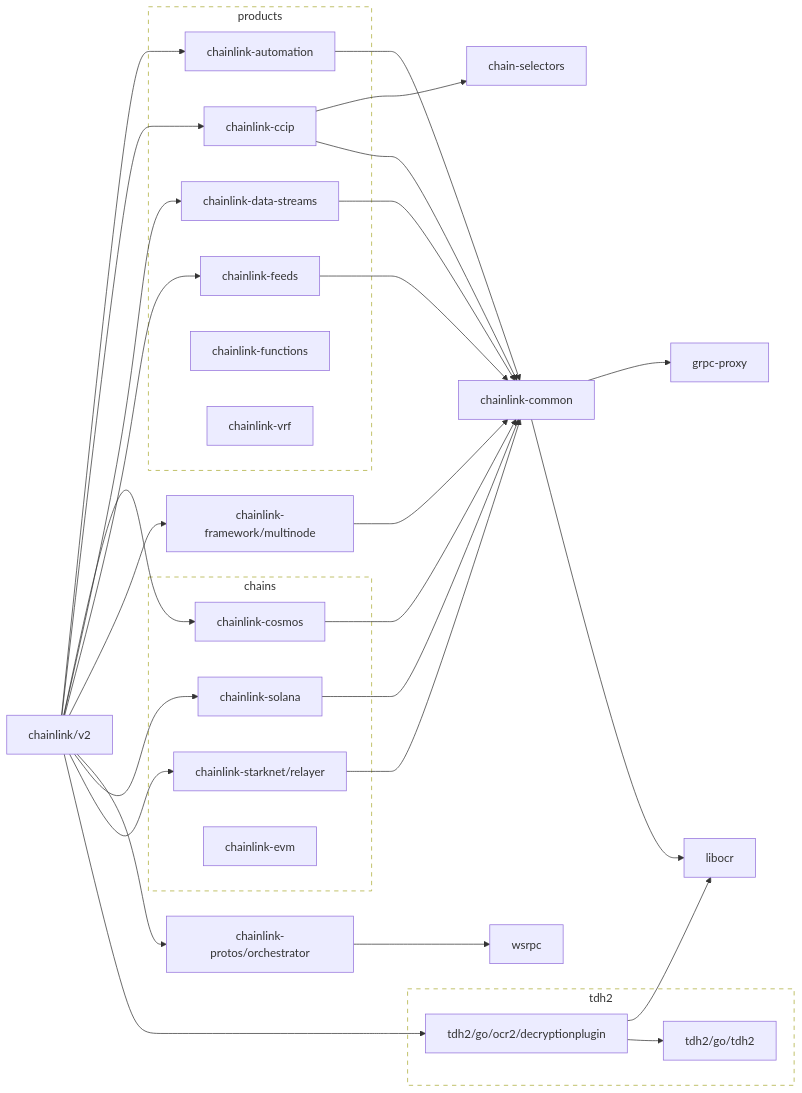
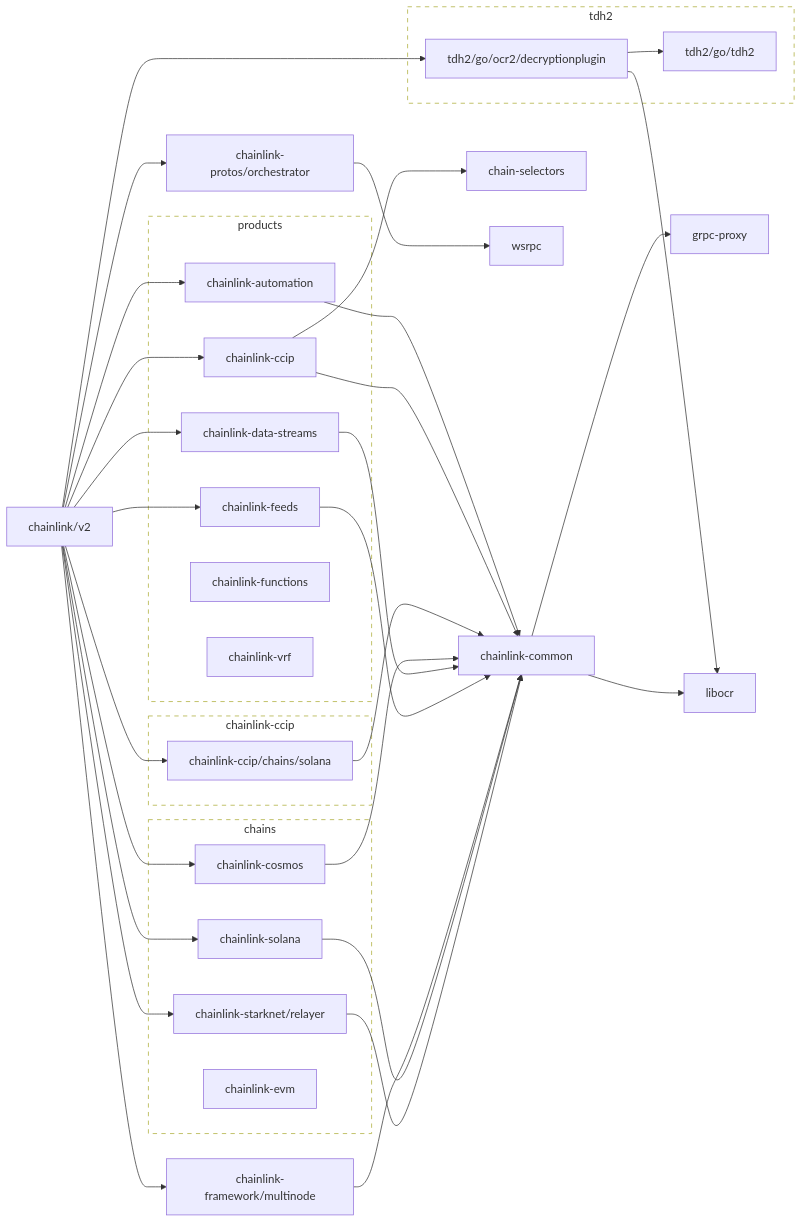
One commit to smartcontractkit/chainlink changed the first of 2 diagrams in go.md. Above: the diagram before and after it, drawn with Mermaid. The commit also changed other lines of this file, not shown here.

Commit message:
make generate

````diff
--- a/go.md
+++ b/go.md
@@ -28,6 +28,8 @@
 	chainlink-ccip --> chain-selectors
 	chainlink-ccip --> chainlink-common
 	click chainlink-ccip href "https://github.com/smartcontractkit/chainlink-ccip"
+	chainlink-ccip/chains/solana --> chainlink-common
+	click chainlink-ccip/chains/solana href "https://github.com/smartcontractkit/chainlink-ccip"
 	chainlink-common --> grpc-proxy
 	chainlink-common --> libocr
 	click chainlink-common href "https://github.com/smartcontractkit/chainlink-common"
@@ -47,6 +49,7 @@
 	click chainlink-starknet/relayer href "https://github.com/smartcontractkit/chainlink-starknet"
 	chainlink/v2 --> chainlink-automation
 	chainlink/v2 --> chainlink-ccip
+	chainlink/v2 --> chainlink-ccip/chains/solana
 	chainlink/v2 --> chainlink-cosmos
 	chainlink/v2 --> chainlink-data-streams
 	chainlink/v2 --> chainlink-feeds
@@ -68,6 +71,12 @@
 	wsrpc
 	click wsrpc href "https://github.com/smartcontractkit/wsrpc"
 
+	subgraph chainlink-ccip-repo[chainlink-ccip]
+		 chainlink-ccip
+		 chainlink-ccip/chains/solana
+	end
+	click chainlink-ccip-repo href "https://github.com/smartcontractkit/chainlink-ccip"
+
 	subgraph tdh2-repo[tdh2]
 		 tdh2/go/ocr2/decryptionplugin
 		 tdh2/go/tdh2
@@ -75,5 +84,5 @@
 	click tdh2-repo href "https://github.com/smartcontractkit/tdh2"
 
 	classDef outline stroke-dasharray:6,fill:none;
-	class tdh2-repo outline
+	class chainlink-ccip-repo,tdh2-repo outline
 ```
````
